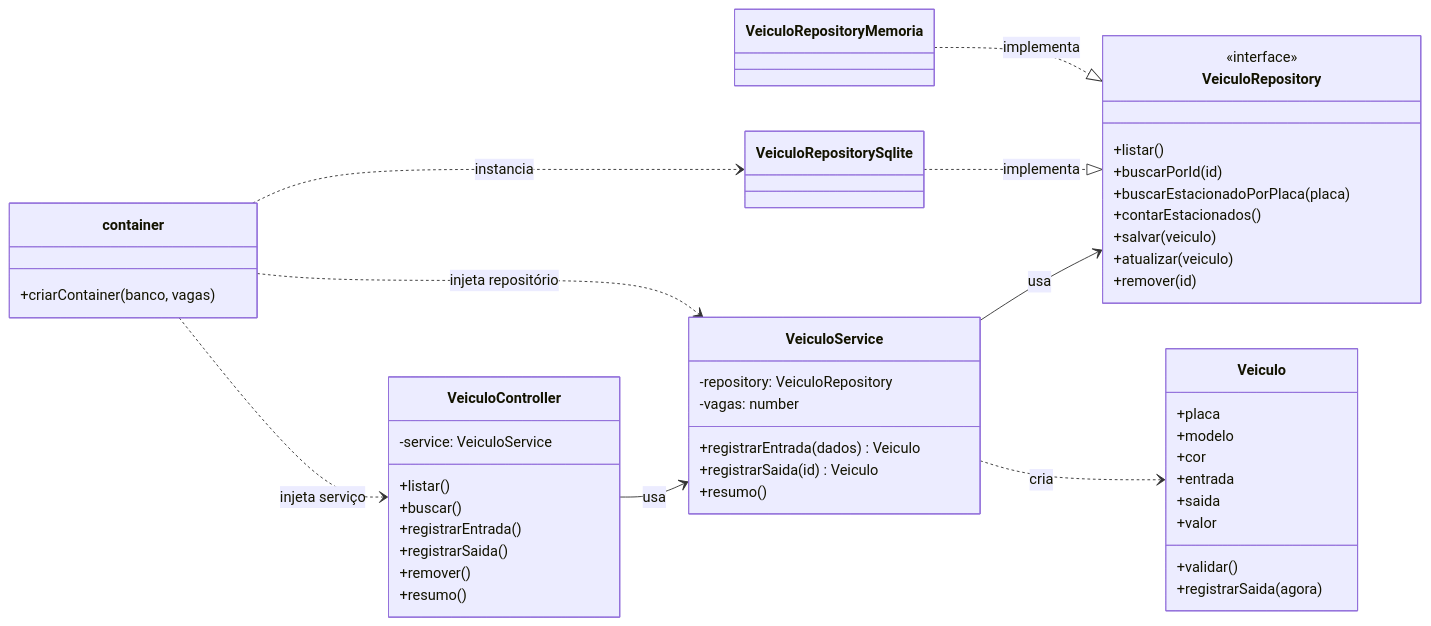
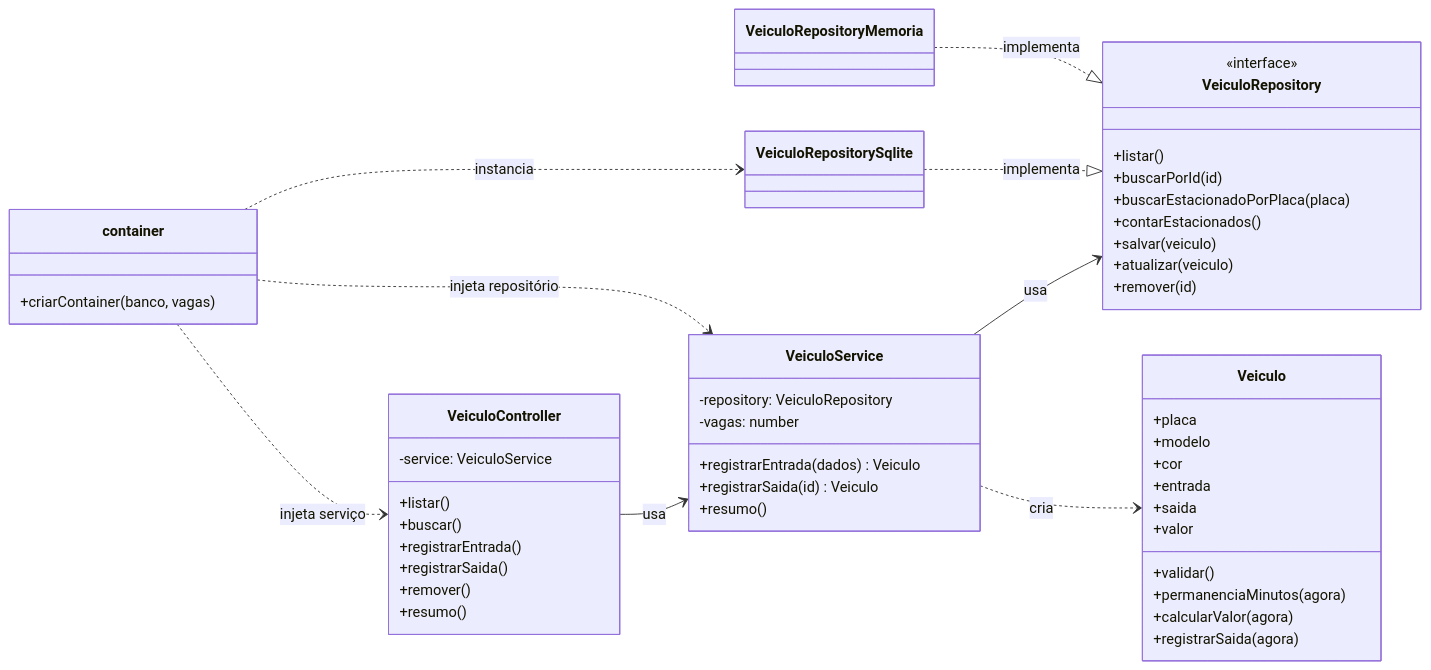
One commit to LcAllmeida/arquiteturaN3 changed the fourth of 5 diagrams in docs/diagramas/README.md. Above: the diagram before and after it, drawn with Mermaid. The commit also changed other lines of this file and 14 other files, not shown here.

````diff
--- a/docs/diagramas/README.md
+++ b/docs/diagramas/README.md
@@ -83,54 +83,56 @@
 ```mermaid
 classDiagram
     direction LR
     class VeiculoController {
         -service: VeiculoService
         +listar()
         +buscar()
         +registrarEntrada()
         +registrarSaida()
         +remover()
         +resumo()
     }
     class VeiculoService {
         -repository: VeiculoRepository
         -vagas: number
         +registrarEntrada(dados) Veiculo
         +registrarSaida(id) Veiculo
         +resumo()
     }
     class VeiculoRepository {
         <<interface>>
         +listar()
         +buscarPorId(id)
         +buscarEstacionadoPorPlaca(placa)
         +contarEstacionados()
         +salvar(veiculo)
         +atualizar(veiculo)
         +remover(id)
     }
     class VeiculoRepositorySqlite
     class VeiculoRepositoryMemoria
     class Veiculo {
         +placa
         +modelo
         +cor
         +entrada
         +saida
         +valor
         +validar()
+        +permanenciaMinutos(agora)
+        +calcularValor(agora)
         +registrarSaida(agora)
     }
     class container {
         +criarContainer(banco, vagas)
     }
 
     VeiculoController --> VeiculoService : usa
     VeiculoService --> VeiculoRepository : usa
     VeiculoService ..> Veiculo : cria
     VeiculoRepositorySqlite ..|> VeiculoRepository : implementa
     VeiculoRepositoryMemoria ..|> VeiculoRepository : implementa
     container ..> VeiculoRepositorySqlite : instancia
     container ..> VeiculoService : injeta repositório
     container ..> VeiculoController : injeta serviço
 ```
````
